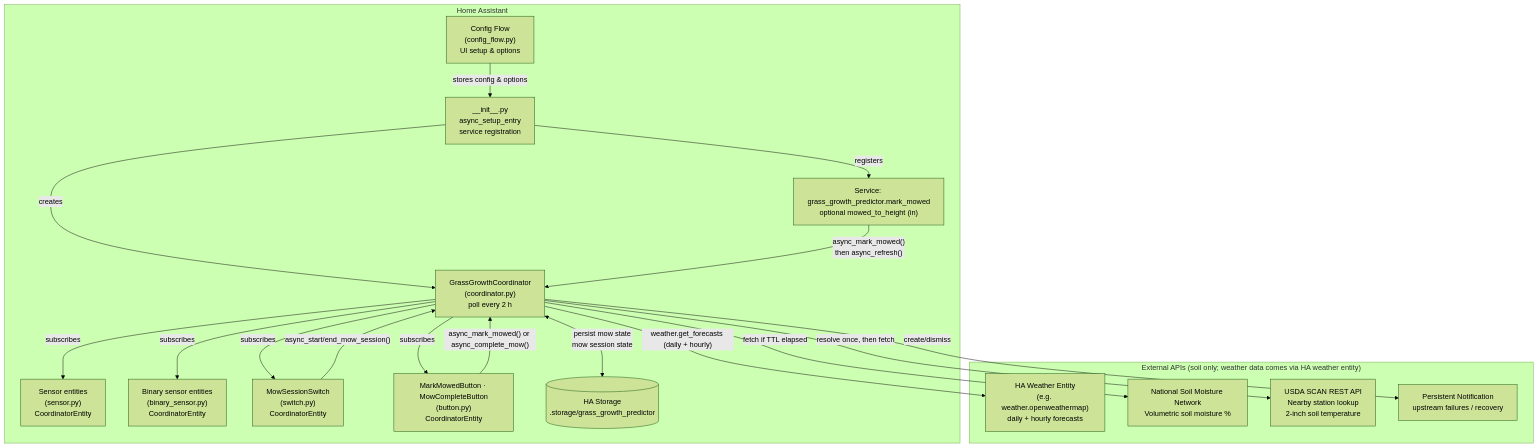
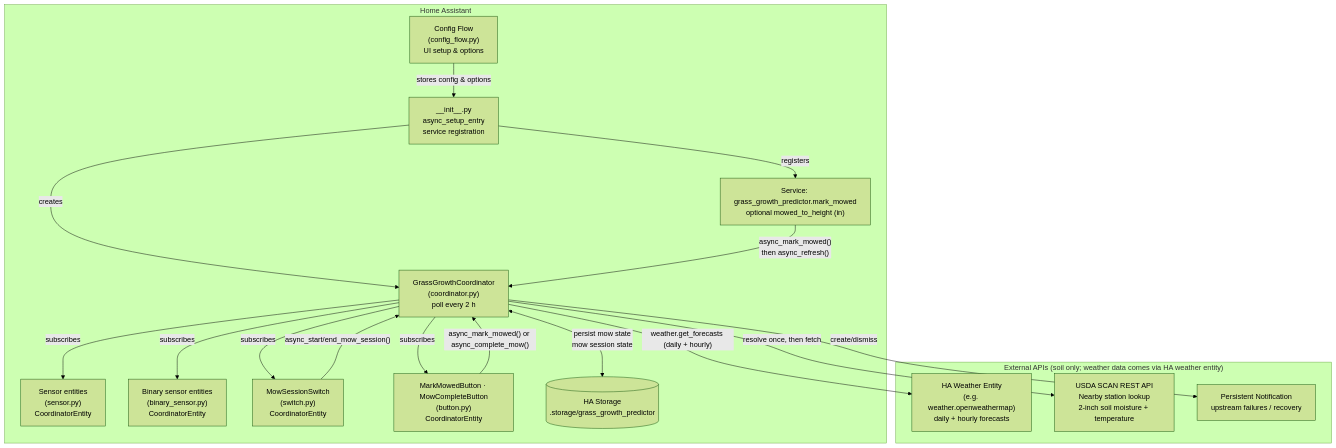
One commit to seanmahrt/hacs_grass_estimator changed the first of 3 diagrams in ARCHITECTURE.md. Above: the diagram before and after it, drawn with Mermaid (forest theme). The commit also changed other lines of this file and 4 other files, not shown here.

Commit message:
Switch soil moisture to SCAN

````diff
--- a/ARCHITECTURE.md
+++ b/ARCHITECTURE.md
@@ -90,37 +90,35 @@
 ```mermaid
 flowchart TD
     subgraph HA["Home Assistant"]
         CF["Config Flow\n(config_flow.py)\nUI setup & options"]
         INIT["__init__.py\nasync_setup_entry\nservice registration"]
         COORD["GrassGrowthCoordinator\n(coordinator.py)\npoll every 2 h"]
         SENSOR["Sensor entities\n(sensor.py)\nCoordinatorEntity"]
         BSENSOR["Binary sensor entities\n(binary_sensor.py)\nCoordinatorEntity"]
         SWITCH["MowSessionSwitch\n(switch.py)\nCoordinatorEntity"]
         BUTTON["MarkMowedButton · MowCompleteButton\n(button.py)\nCoordinatorEntity"]
         STORE[("HA Storage\n.storage/grass_growth_predictor")]
         SVC["Service: grass_growth_predictor.mark_mowed\noptional mowed_to_height (in)"]
     end
 
     subgraph EXTERNAL["External APIs (soil only; weather data comes via HA weather entity)"]
         WEATHER["HA Weather Entity\n(e.g. weather.openweathermap)\ndaily + hourly forecasts"]
-        NSM["National Soil Moisture Network\nVolumetric soil moisture %"]
-        SCAN["USDA SCAN REST API\nNearby station lookup\n2-inch soil temperature"]
+        SCAN["USDA SCAN REST API\nNearby station lookup\n2-inch soil moisture + temperature"]
         PN["Persistent Notification\nupstream failures / recovery"]
     end
 
     CF -->|"stores config & options"| INIT
     INIT -->|"creates"| COORD
     INIT -->|"registers"| SVC
     COORD -->|"subscribes"| SENSOR
     COORD -->|"subscribes"| BSENSOR
     COORD -->|"subscribes"| SWITCH
     COORD -->|"subscribes"| BUTTON
     COORD <-->|"persist mow state\nmow session state"| STORE
     COORD -->|"weather.get_forecasts (daily + hourly)"| WEATHER
-    COORD -->|"fetch if TTL elapsed"| NSM
     COORD -->|"resolve once, then fetch"| SCAN
     COORD -->|"create/dismiss"| PN
     SVC -->|"async_mark_mowed()\nthen async_refresh()"| COORD
     SWITCH -->|"async_start/end_mow_session()"| COORD
     BUTTON -->|"async_mark_mowed() or async_complete_mow()"| COORD
 ```
````
